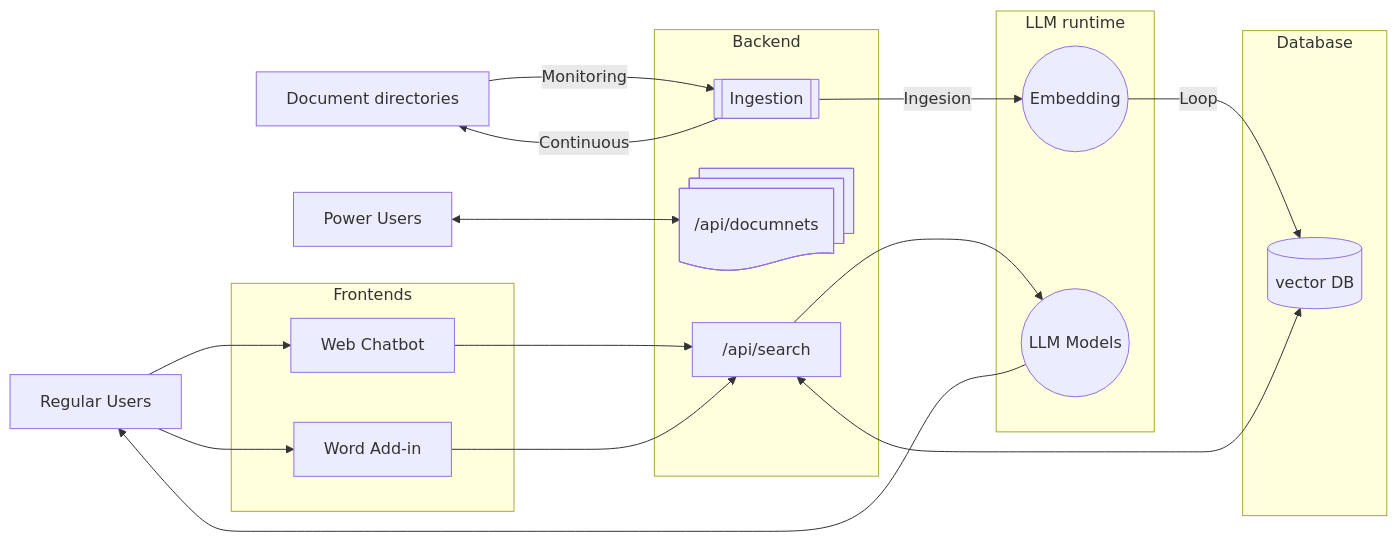
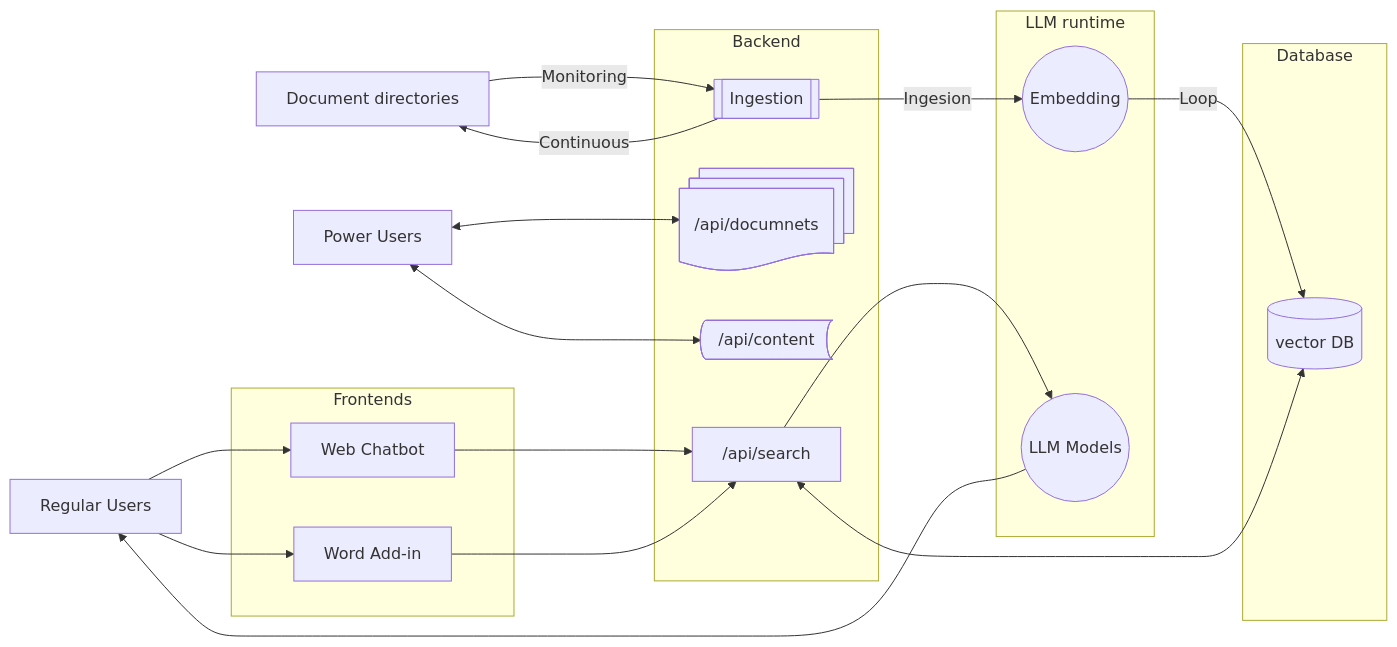
The second of 2 diagrams in DOCS/README.md (beezy-dev/abacc-rag), drawn with Mermaid before and after one commit. The commit also changed other lines of this file, not shown here.

````diff
--- a/DOCS/README.md
+++ b/DOCS/README.md
@@ -47,38 +74,39 @@
 ```mermaid
 flowchart LR
     A[Regular Users]
     Z[Power Users]
     I[Document directories]
 
 
     subgraph Frontends
         B[Web Chatbot]
         J[Word Add-in]
     end
 
     subgraph Backend
         C[[Ingestion]]
         H@{ shape: docs, label: "/api/documnets"}
+        K@{ shape: bow-rect, label: "/api/content"}
         E["/api/search"]
     end
 
     subgraph Database 
         D[(vector DB)]
     end
 
     subgraph LLM runtime
         F((Embedding))
         G((LLM Models))
     end
 
 
 
     %% Document processing
     C -- "Continuous" --> I -- "Monitoring" --> C
     C -- "Ingesion" --> F -- "Loop" --> D
     %% Admins
-    Z <--> H
+    Z <--> H & K
     %% Prompting
     A --> B & J --> E <--> D
     E --> G --> A
 ```
````
